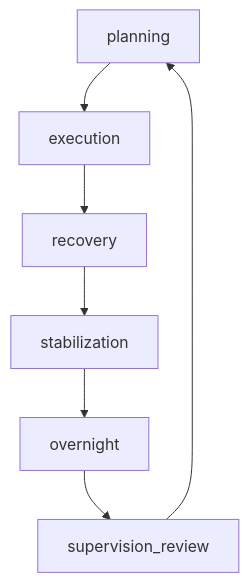
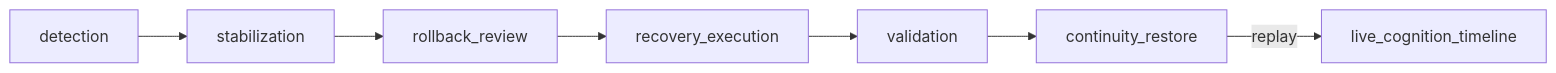
One commit to FrostXMello/odin-runtime changed the fourth of 7 diagrams in README.md. Above: the diagram before and after it, drawn with Mermaid. The commit also changed other lines of this file and 27 other files, not shown here.

````diff
--- a/README.md
+++ b/README.md
@@ -154,9 +142,9 @@
 ```mermaid
-flowchart TD
-    P[planning] --> E[execution]
-    E --> R[recovery]
-    R --> S[stabilization]
-    S --> O[overnight]
-    O --> SR[supervision_review]
-    SR --> P
+flowchart LR
+    DET[detection] --> STAB[stabilization]
+    STAB --> RB[rollback_review]
+    RB --> REC[recovery_execution]
+    REC --> VAL[validation]
+    VAL --> CONT[continuity_restore]
+    CONT -->|replay| TIMELINE[live_cognition_timeline]
 ```
````
